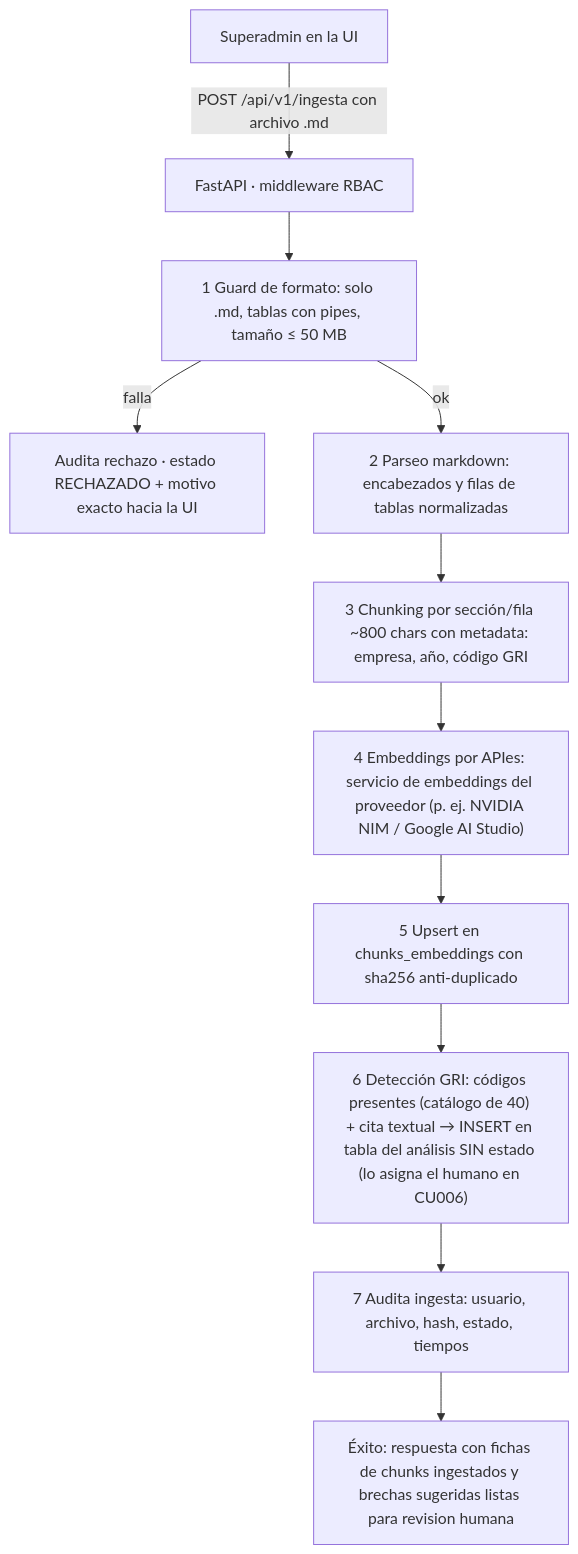
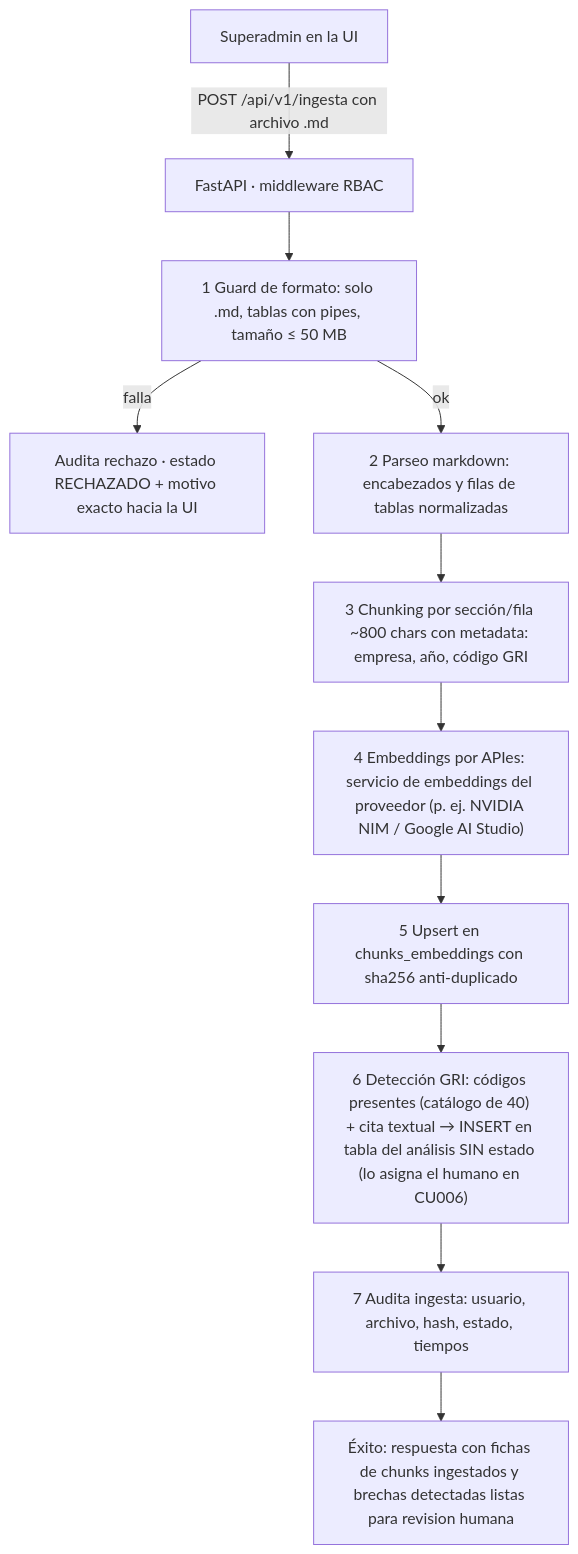
The second of 3 diagrams in FASE 1/01-Analisis-y-Diseno/03-Diagramas-de-Procesos-TO-BE.md (lFunkwnon01/igualab_md), drawn with Mermaid before and after one commit. The commit also changed other lines of this file and 82 other files, not shown here.

````diff
--- a/FASE 1/01-Analisis-y-Diseno/03-Diagramas-de-Procesos-TO-BE.md
+++ b/FASE 1/01-Analisis-y-Diseno/03-Diagramas-de-Procesos-TO-BE.md
@@ -34,13 +34,13 @@
 ```mermaid
 flowchart TD
     U["Superadmin en la UI"] -->|POST /api/v1/ingesta con archivo .md| API["FastAPI · middleware RBAC"]
     API --> G1["1 Guard de formato: solo .md, tablas con pipes, tamaño ≤ 50 MB"]
     G1 -- falla --> X["Audita rechazo · estado RECHAZADO + motivo exacto hacia la UI"]
     G1 -- ok --> P1["2 Parseo markdown: encabezados y filas de tablas normalizadas"]
     P1 --> P2["3 Chunking por sección/fila ~800 chars con metadata: empresa, año, código GRI"]
     P2 --> P3["4 Embeddings por APIes: servicio de embeddings del proveedor (p. ej. NVIDIA NIM / Google AI Studio)"]
     P3 --> P4["5 Upsert en chunks_embeddings con sha256 anti-duplicado"]
     P4 --> ANA["6 Detección GRI: códigos presentes (catálogo de 40) + cita textual → INSERT en tabla del análisis SIN estado (lo asigna el humano en CU006)"]
     ANA --> AUD["7 Audita ingesta: usuario, archivo, hash, estado, tiempos"]
-    AUD --> RESP["Éxito: respuesta con fichas de chunks ingestados y brechas sugeridas listas para revision humana"]
+    AUD --> RESP["Éxito: respuesta con fichas de chunks ingestados y brechas detectadas listas para revision humana"]
 ```
````
